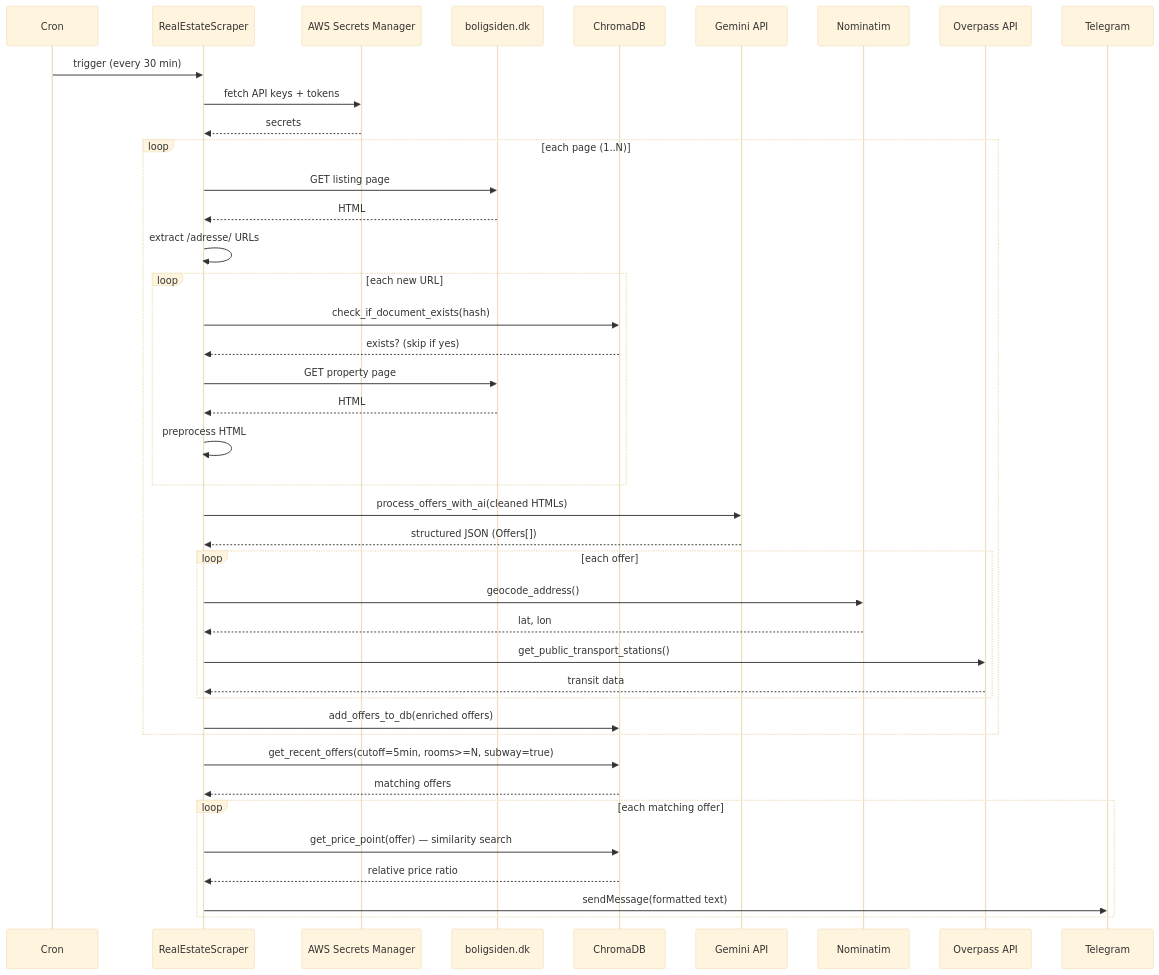
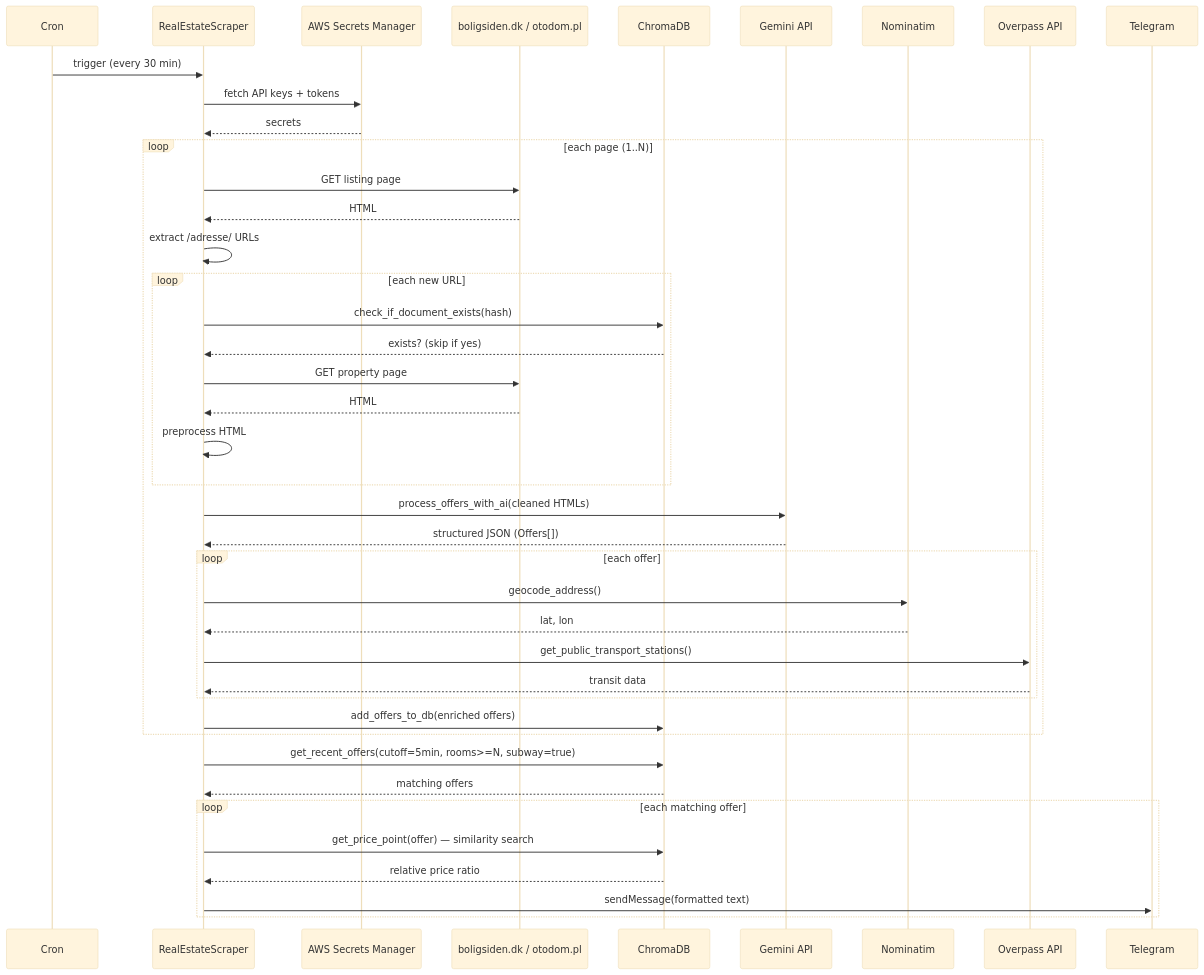
Before and after one commit to xSzpo/xFlats-Intelligent-Real-Estate-Assistant: the second of 4 diagrams in docs/architecture.md, drawn with Mermaid (base theme). The commit also changed other lines of this file and 17 other files, not shown here.

First line of the commit message:
#14 feat: add WAW region support with multi-region config architecture (#18)

````diff
--- a/docs/architecture.md
+++ b/docs/architecture.md
@@ -62,51 +70,51 @@
 ```mermaid
 sequenceDiagram
     participant Cron
     participant Main as RealEstateScraper
     participant SM as AWS Secrets Manager
-    participant BS as boligsiden.dk
+    participant BS as boligsiden.dk / otodom.pl
     participant CDB as ChromaDB
     participant Gem as Gemini API
     participant Nom as Nominatim
     participant OPA as Overpass API
     participant TG as Telegram
 
     Cron->>Main: trigger (every 30 min)
     Main->>SM: fetch API keys + tokens
     SM-->>Main: secrets
 
     loop each page (1..N)
         Main->>BS: GET listing page
         BS-->>Main: HTML
         Main->>Main: extract /adresse/ URLs
 
         loop each new URL
             Main->>CDB: check_if_document_exists(hash)
             CDB-->>Main: exists? (skip if yes)
             Main->>BS: GET property page
             BS-->>Main: HTML
             Main->>Main: preprocess HTML
         end
 
         Main->>Gem: process_offers_with_ai(cleaned HTMLs)
         Gem-->>Main: structured JSON (Offers[])
 
         loop each offer
             Main->>Nom: geocode_address()
             Nom-->>Main: lat, lon
             Main->>OPA: get_public_transport_stations()
             OPA-->>Main: transit data
         end
 
         Main->>CDB: add_offers_to_db(enriched offers)
     end
 
     Main->>CDB: get_recent_offers(cutoff=5min, rooms>=N, subway=true)
     CDB-->>Main: matching offers
 
     loop each matching offer
         Main->>CDB: get_price_point(offer) — similarity search
         CDB-->>Main: relative price ratio
         Main->>TG: sendMessage(formatted text)
     end
 ```
````
